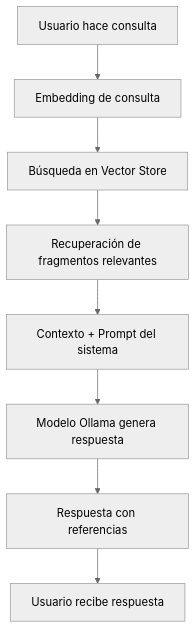
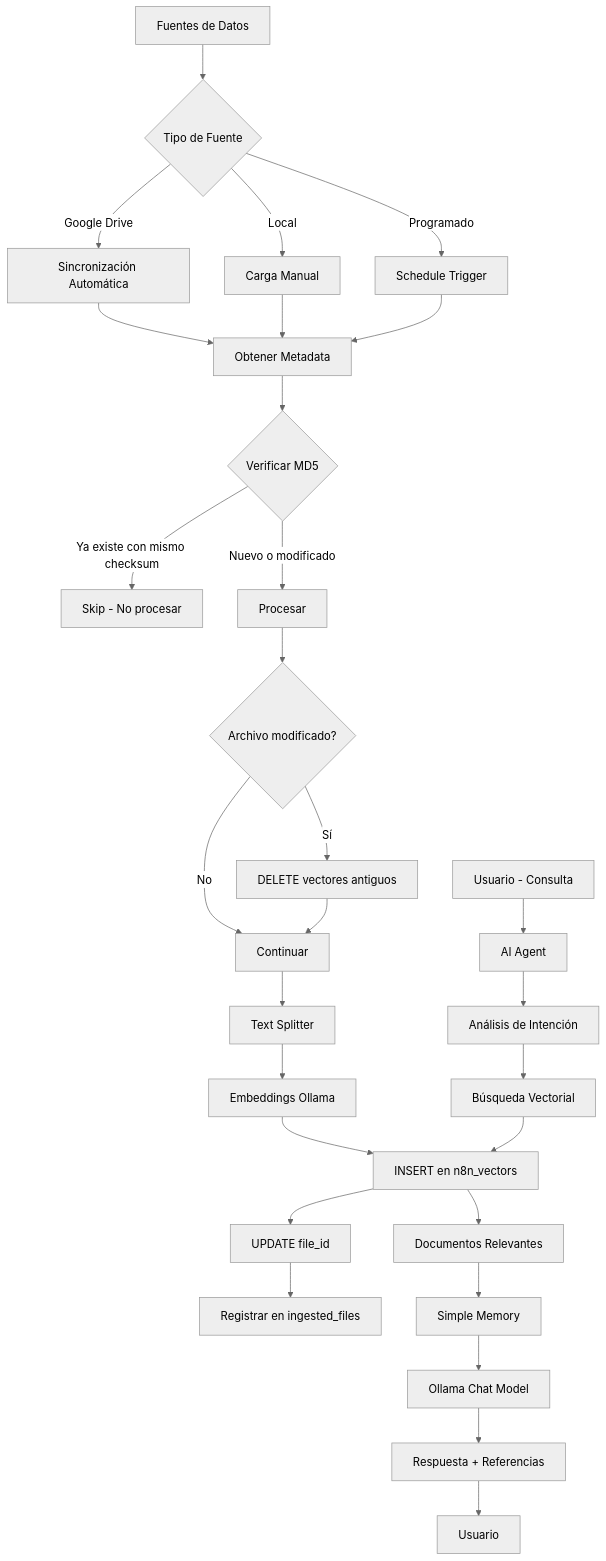
Before and after one commit to Sebas18G/sistema-rag-n8n: the diagram in README.md, drawn with Mermaid (neutral theme). The commit also changed other lines of this file and 2 other files, not shown here.

Commit message:
Cambios para una v2 del workflow

````diff
--- a/README.md
+++ b/README.md
@@ -95,10 +195,36 @@
 ```mermaid
 graph TD
-    A[Usuario hace consulta] --> B[Embedding de consulta]
-    B --> C[Búsqueda en Vector Store]
-    C --> D[Recuperación de fragmentos relevantes]
-    D --> E[Contexto + Prompt del sistema]
-    E --> F[Modelo Ollama genera respuesta]
-    F --> G[Respuesta con referencias]
-    G --> H[Usuario recibe respuesta]
+    A[Fuentes de Datos] --> B{Tipo de Fuente}
+    B -->|Google Drive| C[Sincronización Automática]
+    B -->|Local| D[Carga Manual]
+    B -->|Programado| E[Schedule Trigger]
+    
+    C --> F[Obtener Metadata]
+    D --> F
+    E --> F
+    
+    F --> G{Verificar MD5}
+    G -->|Ya existe con mismo checksum| H[Skip - No procesar]
+    G -->|Nuevo o modificado| I[Procesar]
+    
+    I --> J{Archivo modificado?}
+    J -->|Sí| K[DELETE vectores antiguos]
+    J -->|No| L[Continuar]
+    K --> L
+    
+    L --> M[Text Splitter]
+    M --> N[Embeddings Ollama]
+    N --> O[INSERT en n8n_vectors]
+    O --> P[UPDATE file_id]
+    P --> Q[Registrar en ingested_files]
+    
+    R[Usuario - Consulta] --> S[AI Agent]
+    S --> T[Análisis de Intención]
+    T --> U[Búsqueda Vectorial]
+    U --> O
+    O --> V[Documentos Relevantes]
+    V --> W[Simple Memory]
+    W --> X[Ollama Chat Model]
+    X --> Y[Respuesta + Referencias]
+    Y --> Z[Usuario]
 ```
````
